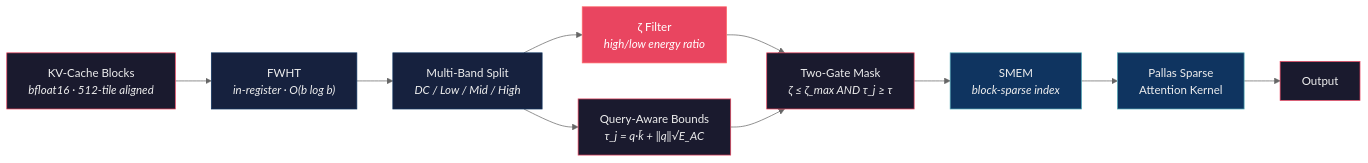
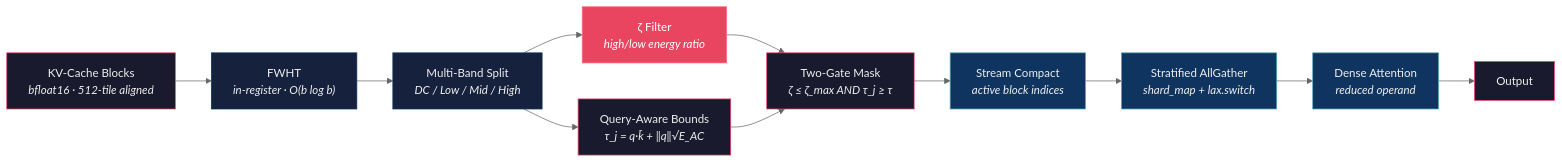
Before and after one commit to j-arndt/orthocache: the diagram in README.md, drawn with Mermaid (neutral theme). The commit also changed other lines of this file and 26 other files, not shown here.

````diff
--- a/README.md
+++ b/README.md
@@ -28,22 +28,24 @@
 ```mermaid
 flowchart LR
     A["KV-Cache Blocks\n<i>bfloat16 · 512-tile aligned</i>"] --> B["FWHT\n<i>in-register · O(b log b)</i>"]
     B --> C["Multi-Band Split\n<i>DC / Low / Mid / High</i>"]
     C --> D1["ζ Filter\n<i>high/low energy ratio</i>"]
     C --> D2["Query-Aware Bounds\n<i>τ_j = q·k̄ + ‖q‖√E_AC</i>"]
     D1 --> E["Two-Gate Mask\n<i>ζ ≤ ζ_max AND τ_j ≥ τ</i>"]
     D2 --> E
-    E --> F["SMEM\n<i>block-sparse index</i>"]
-    F --> G["Pallas Sparse\nAttention Kernel"]
-    G --> H["Output"]
+    E --> F["Stream Compact\n<i>active block indices</i>"]
+    F --> G["Stratified AllGather\n<i>shard_map + lax.switch</i>"]
+    G --> H["Dense Attention\n<i>reduced operand</i>"]
+    H --> I["Output"]
 
     style A fill:#1a1a2e,stroke:#e94560,color:#eee
     style B fill:#16213e,stroke:#0f3460,color:#eee
     style C fill:#16213e,stroke:#0f3460,color:#eee
     style D1 fill:#e94560,stroke:#ff6b6b,color:#fff
     style D2 fill:#1a1a2e,stroke:#e94560,color:#eee
     style E fill:#1a1a2e,stroke:#e94560,color:#eee
     style F fill:#0f3460,stroke:#53a8b6,color:#eee
     style G fill:#0f3460,stroke:#53a8b6,color:#eee
-    style H fill:#1a1a2e,stroke:#e94560,color:#eee
+    style H fill:#0f3460,stroke:#53a8b6,color:#eee
+    style I fill:#1a1a2e,stroke:#e94560,color:#eee
 ```
````
